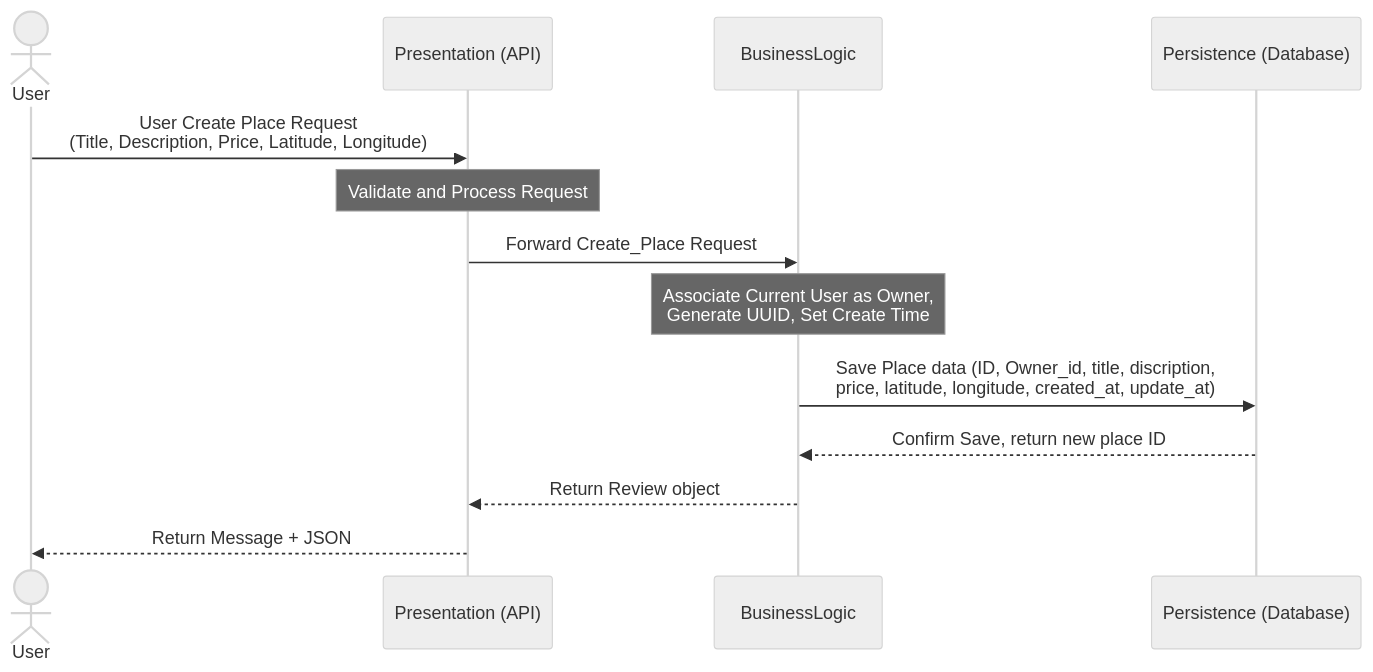
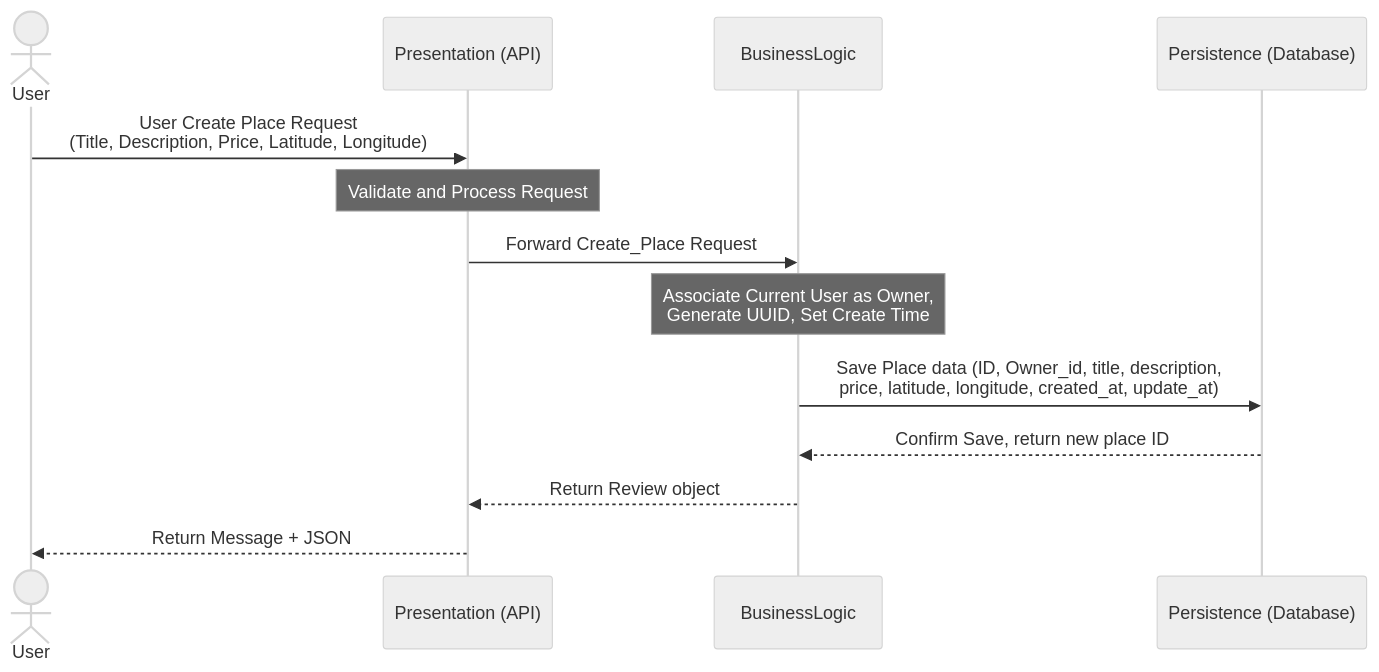
The third of 5 diagrams in part1/documentation.md (asimhamidwo8/holbertonschool-hbnb), drawn with Mermaid (neutral theme) before and after one commit. The commit also changed other lines of this file, not shown here.

````diff
--- a/part1/documentation.md
+++ b/part1/documentation.md
@@ -136,17 +136,17 @@
 ```mermaid
 sequenceDiagram
   actor A1 as User
   participant API as Presentation (API)
   participant BusinessLogic
   participant Persistence as Persistence (Database)
 
 
 A1 ->> API: User Create Place Request <br>(Title, Description, Price, Latitude, Longitude)
 Note over API: Validate and Process Request
 API ->> BusinessLogic: Forward Create_Place Request
 Note over BusinessLogic: Associate Current User as Owner,<br> Generate UUID, Set Create Time
-BusinessLogic ->> Persistence: Save Place data (ID, Owner_id, title, discription,<br> price, latitude, longitude, created_at, update_at)
+BusinessLogic ->> Persistence: Save Place data (ID, Owner_id, title, description,<br> price, latitude, longitude, created_at, update_at)
 Persistence -->> BusinessLogic: Confirm Save, return new place ID
 BusinessLogic -->> API: Return Review object
 API -->> A1: Return Message + JSON
 ```
````
